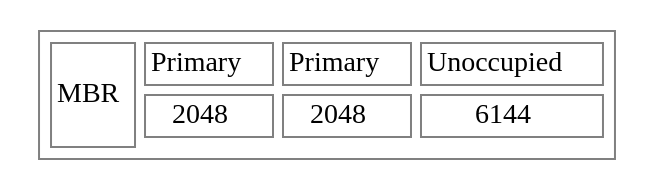
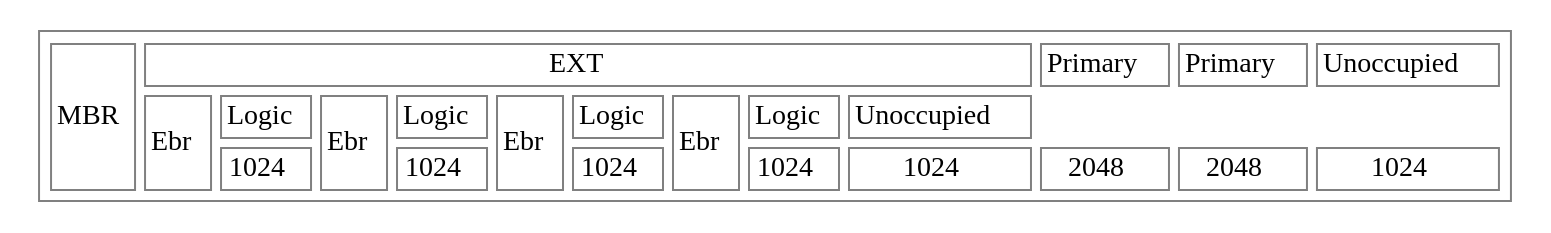
The diagram in Main/DSK.dot (erick-alvarado/MIA-P1), drawn with Graphviz before and after one commit. The commit also changed 2 other files, not shown here.

```diff
--- a/Main/DSK.dot
+++ b/Main/DSK.dot
@@ -1,18 +1,33 @@
 digraph test {
  parent [ 
  shape=plaintext 
  label=< 
  <table color='grey' border='1' cellborder='1' cellspacing='5'> 
  <tr>
 <td rowspan='3'>MBR</td>
+<td colspan='9'> EXT </td>
 <td rowspan='1'>Primary</td>
 <td rowspan='1'>Primary</td>
 <td rowspan='1'>Unoccupied</td>
 </tr>
-<tr><td>2048</td>
+<tr><td rowspan ='2'>Ebr</td>
+<td>Logic</td>
+<td rowspan ='2'>Ebr</td>
+<td>Logic</td>
+<td rowspan ='2'>Ebr</td>
+<td>Logic</td>
+<td rowspan ='2'>Ebr</td>
+<td>Logic</td>
+<td>Unoccupied</td>
+</tr><tr><td>1024</td>
+<td>1024</td>
+<td>1024</td>
+<td>1024</td>
+<td>1024</td>
 <td>2048</td>
-<td>6144</td>
+<td>2048</td>
+<td>1024</td>
 </tr>
 </table>
  >]; 
  }
```
